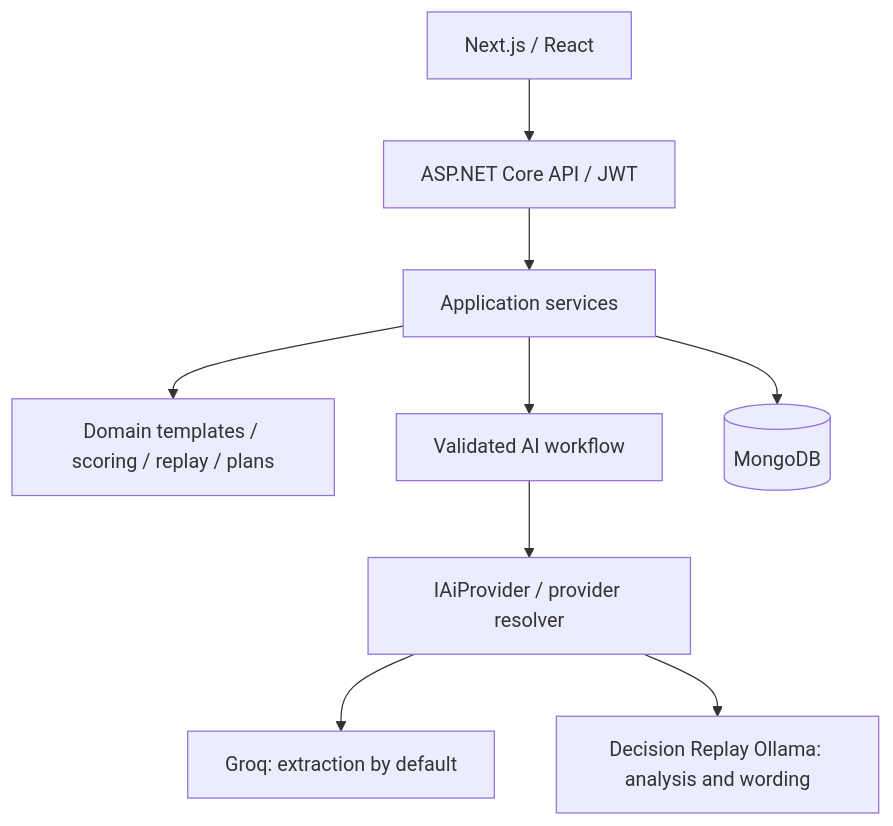
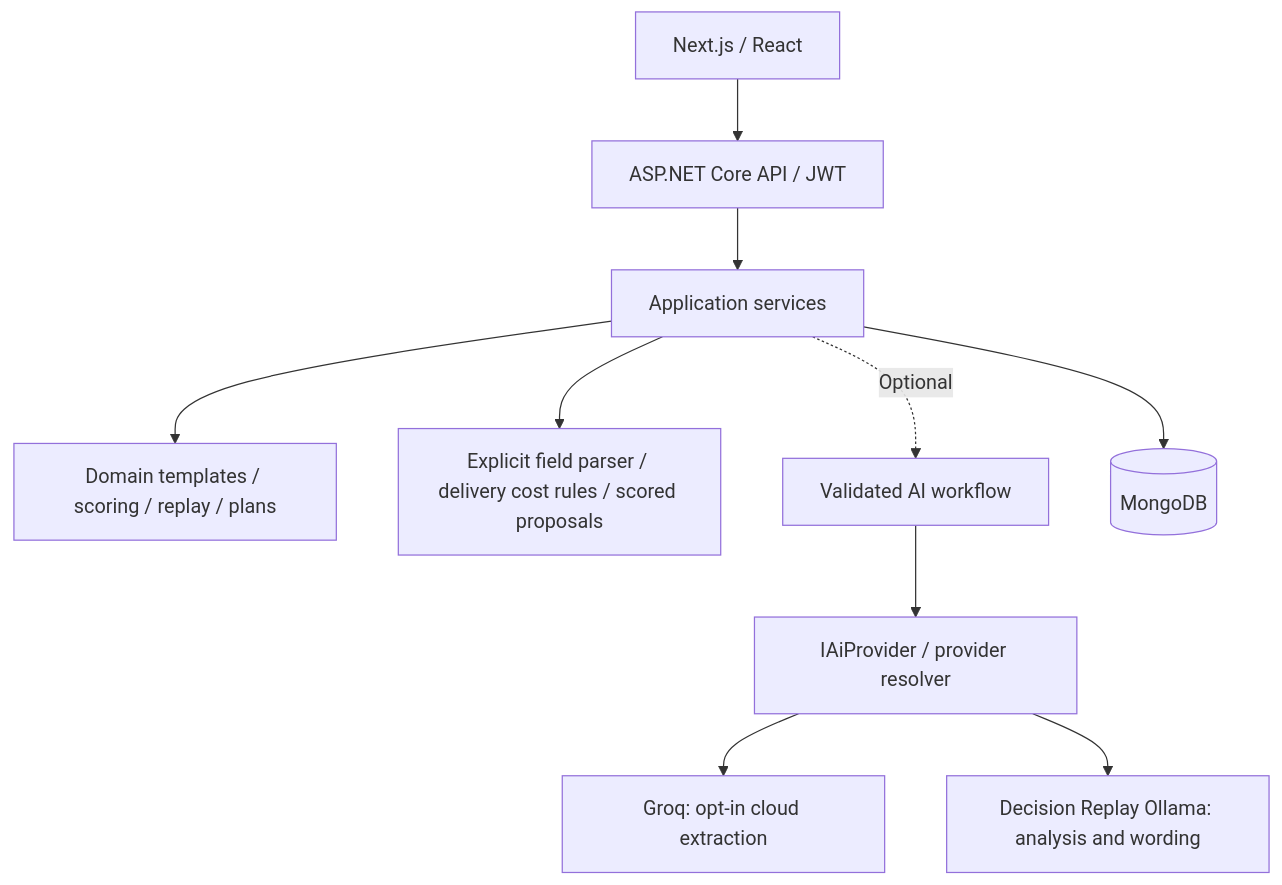
One commit to adriel03-dp/decision_replay changed the first of 2 diagrams in README.md. Above: the diagram before and after it, drawn with Mermaid. The commit also changed other lines of this file and 1 other file, not shown here.

Commit message:
docs: explain rules-first operation and record project verification

````diff
--- a/README.md
+++ b/README.md
@@ -9,11 +9,12 @@
 ```mermaid
 flowchart TD
   UI[Next.js / React] --> API[ASP.NET Core API / JWT]
   API --> APP[Application services]
   APP --> DOMAIN[Domain templates / scoring / replay / plans]
-  APP --> FLOW[Validated AI workflow]
+  APP --> RULES[Explicit field parser / delivery cost rules / scored proposals]
+  APP -. Optional .-> FLOW[Validated AI workflow]
   FLOW --> PORT[IAiProvider / provider resolver]
-  PORT --> GROQ[Groq: extraction by default]
+  PORT --> GROQ[Groq: opt-in cloud extraction]
   PORT --> OLLAMA[Decision Replay Ollama: analysis and wording]
   APP --> DB[(MongoDB)]
 ```
````
